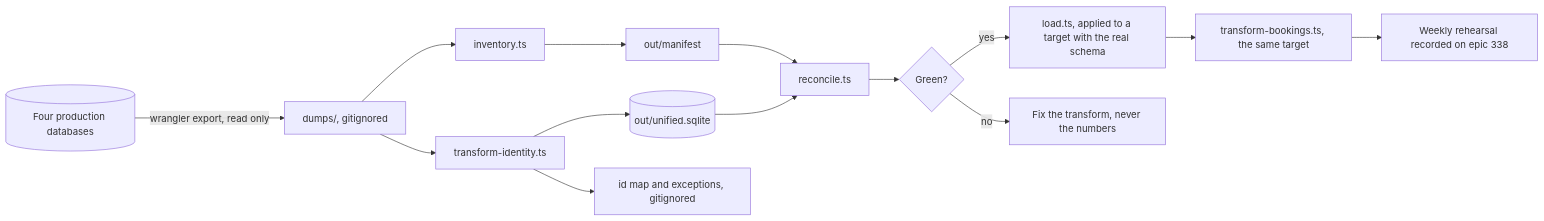
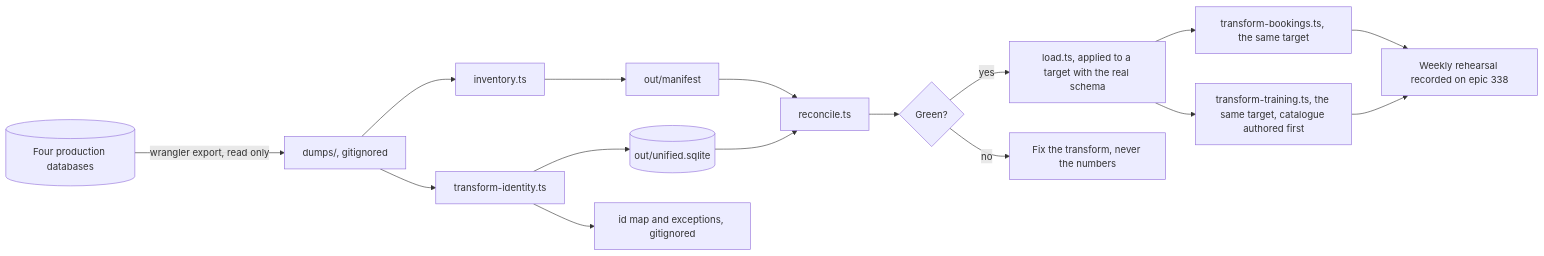
One commit to newtheatre/proscenium changed the diagram in migration/README.md. Above: the diagram before and after it, drawn with Mermaid. The commit also changed other lines of this file and 5 other files, not shown here.

````diff
--- a/migration/README.md
+++ b/migration/README.md
@@ -14,15 +14,17 @@
 ```mermaid
 flowchart LR
   P[(Four production databases)] -- wrangler export, read only --> D[dumps/, gitignored]
   D --> I[inventory.ts] --> M[out/manifest]
   D --> T[transform-identity.ts]
   T --> U[(out/unified.sqlite)]
   T --> X[id map and exceptions, gitignored]
   M --> R[reconcile.ts]
   U --> R
   R --> G{Green?}
   G -- yes --> L[load.ts, applied to a target with the real schema]
   L --> B[transform-bookings.ts, the same target]
+  L --> TR[transform-training.ts, the same target, catalogue authored first]
   B --> W[Weekly rehearsal recorded on epic 338]
+  TR --> W
   G -- no --> F[Fix the transform, never the numbers]
 ```
````
